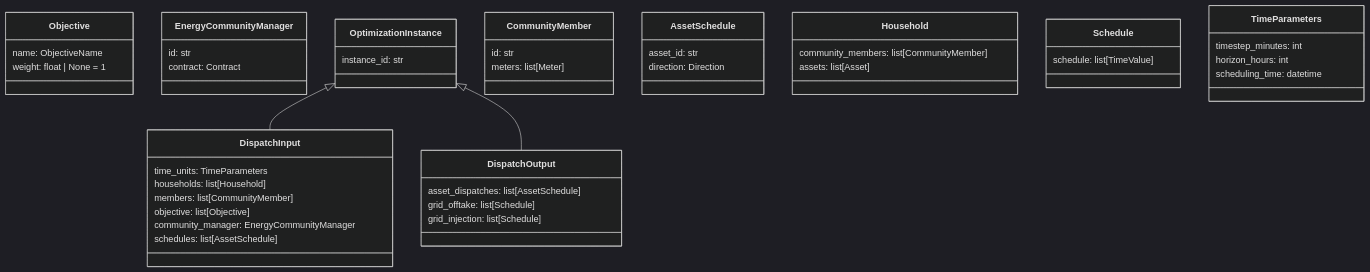
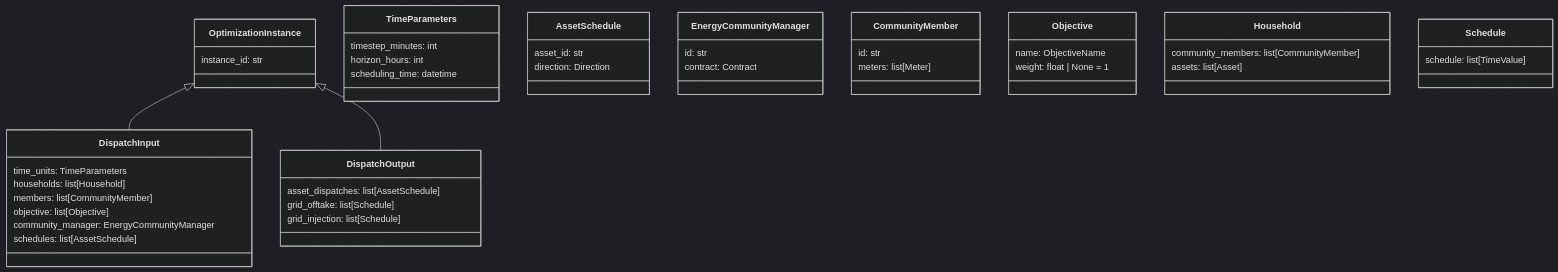
The diagram in doc/mermaid_charts/centralized_dispatch_cems_dto.md (U2DemoProject/AlgorithmDTOsWP4T1), drawn with Mermaid (dark theme) before and after one commit. The commit also changed other lines of this file and 31 other files, not shown here.

Commit message:
Update DTO source code, HTLM and Mermaids based on D4.1 deliverable.

````diff
--- a/doc/mermaid_charts/centralized_dispatch_cems_dto.md
+++ b/doc/mermaid_charts/centralized_dispatch_cems_dto.md
@@ -1,62 +1,62 @@
 ```mermaid
 classDiagram
+
+    class OptimizationInstance {
+        instance_id: str
+    }
+
+    class TimeParameters {
+        timestep_minutes: int
+        horizon_hours: int
+        scheduling_time: datetime
+    }
+
+    class AssetSchedule {
+        asset_id: str
+        direction: Direction
+    }
+
+    class EnergyCommunityManager {
+        id: str
+        contract: Contract
+    }
+
+    class DispatchOutput {
+        asset_dispatches: list[AssetSchedule]
+        grid_offtake: list[Schedule]
+        grid_injection: list[Schedule]
+    }
+
+    class CommunityMember {
+        id: str
+        meters: list[Meter]
+    }
+
+    class Objective {
+        name: ObjectiveName
+        weight: float | None = 1
+    }
+
+    class Household {
+        community_members: list[CommunityMember]
+        assets: list[Asset]
+    }
 
     class DispatchInput {
         time_units: TimeParameters
         households: list[Household]
         members: list[CommunityMember]
         objective: list[Objective]
         community_manager: EnergyCommunityManager
         schedules: list[AssetSchedule]
     }
 
-    class Objective {
-        name: ObjectiveName
-        weight: float | None = 1
-    }
-
-    class EnergyCommunityManager {
-        id: str
-        contract: Contract
-    }
-
-    class OptimizationInstance {
-        instance_id: str
-    }
-
-    class CommunityMember {
-        id: str
-        meters: list[Meter]
-    }
-
-    class AssetSchedule {
-        asset_id: str
-        direction: Direction
-    }
-
-    class Household {
-        community_members: list[CommunityMember]
-        assets: list[Asset]
-    }
-
     class Schedule {
         schedule: list[TimeValue]
-    }
-
-    class TimeParameters {
-        timestep_minutes: int
-        horizon_hours: int
-        scheduling_time: datetime
-    }
-
-    class DispatchOutput {
-        asset_dispatches: list[AssetSchedule]
-        grid_offtake: list[Schedule]
-        grid_injection: list[Schedule]
     }
 
 
     OptimizationInstance <|-- DispatchInput
     OptimizationInstance <|-- DispatchOutput
 
 ```
````
